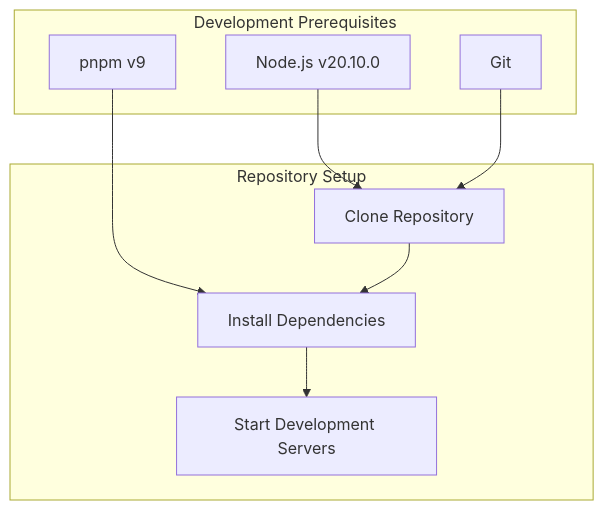
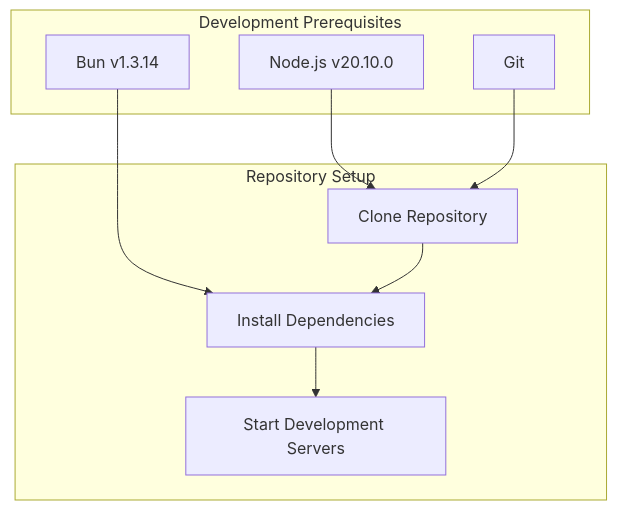
One commit to learningeconomy/LearnCard changed the first of 5 diagrams in docs/development/contributing.md. Above: the diagram before and after it, drawn with Mermaid. The commit also changed other lines of this file and 278 other files, not shown here.

````diff
--- a/docs/development/contributing.md
+++ b/docs/development/contributing.md
@@ -15,20 +15,20 @@
 ```mermaid
 flowchart TD
     subgraph "Development Prerequisites"
         node["Node.js v20.10.0"]
-        pnpm["pnpm v9"]
+        bun["Bun v1.3.14"]
         git["Git"]
     end
-    
+
     subgraph "Repository Setup"
         clone["Clone Repository"]
         install["Install Dependencies"]
         dev["Start Development Servers"]
     end
-    
+
     node --> clone
-    pnpm --> install
+    bun --> install
     git --> clone
     clone --> install
     install --> dev
 ```
````
